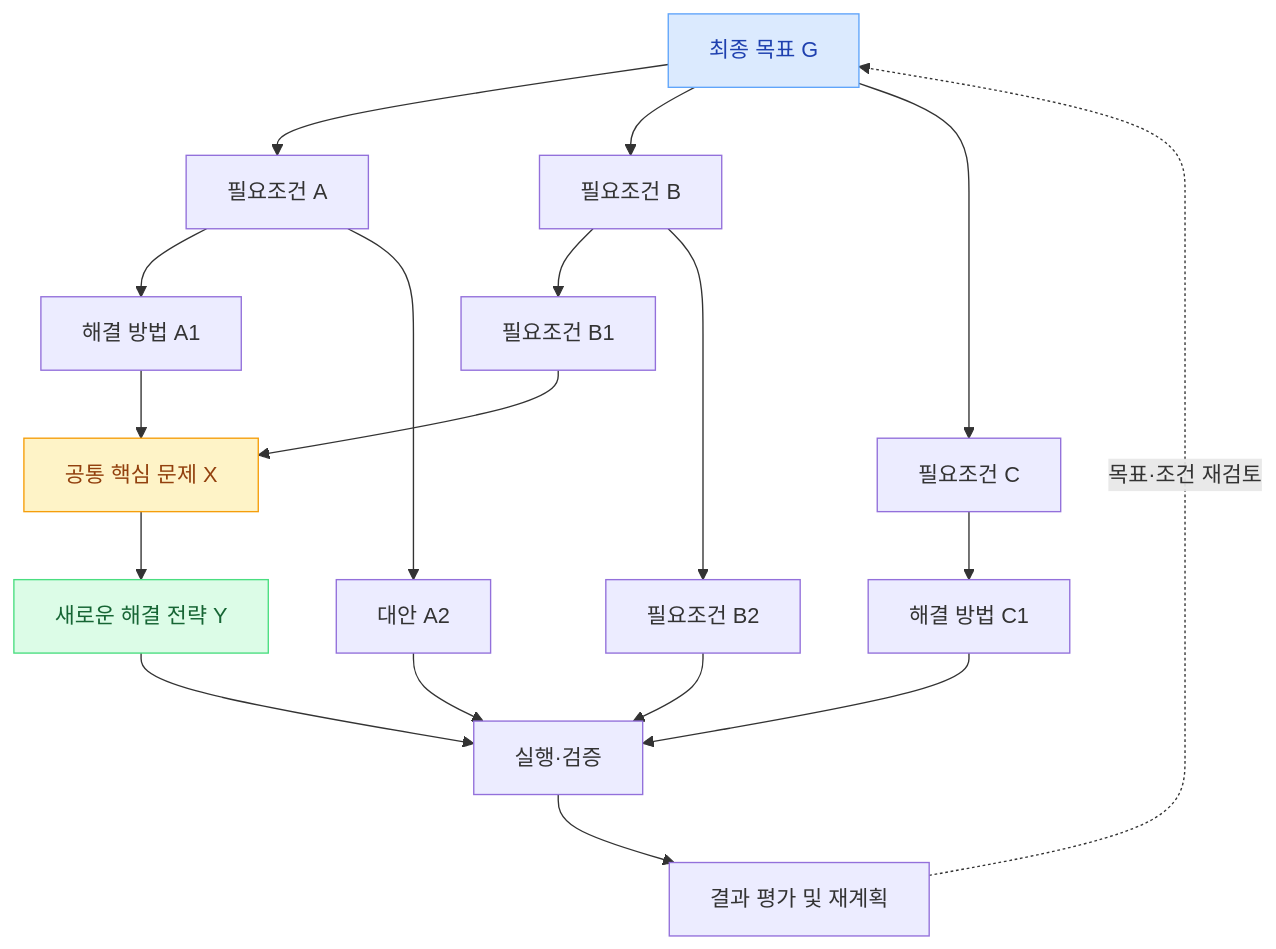
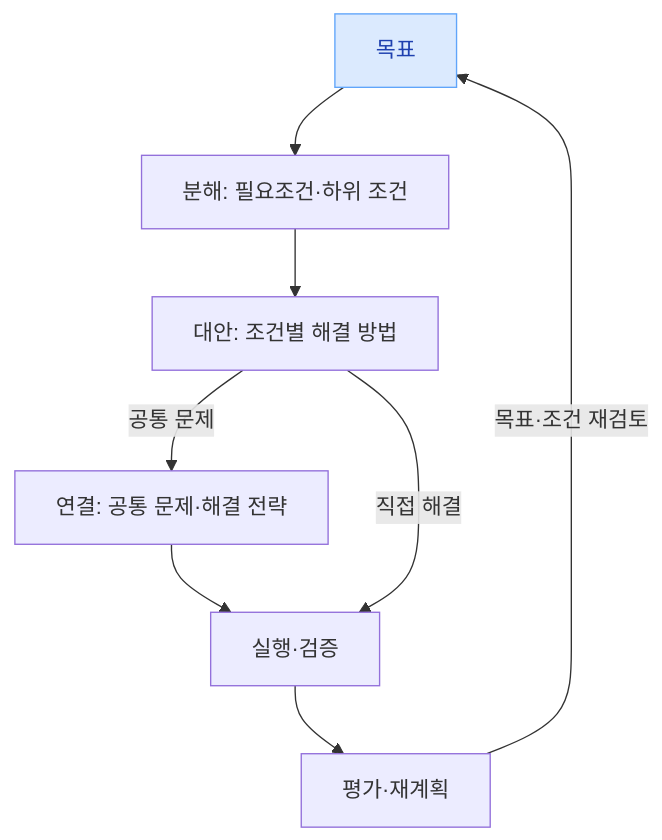
Before and after one commit to Rmayana/frontier-research-harness: the seventh of 8 diagrams in docs/SPECIFICATION.md, drawn with Mermaid. The commit also changed other lines of this file, not shown here.

````diff
--- a/docs/SPECIFICATION.md
+++ b/docs/SPECIFICATION.md
@@ -327,38 +281,17 @@
 ```mermaid
 flowchart TD
-    G["최종 목표 G"]
+    A["목표"]
+    B["분해: 필요조건·하위 조건"]
+    C["대안: 조건별 해결 방법"]
+    D["연결: 공통 문제·해결 전략"]
+    E["실행·검증"]
+    F["평가·재계획"]
 
-    A["필요조건 A"]
-    B["필요조건 B"]
-    C["필요조건 C"]
+    A --> B --> C
+    C -->|"공통 문제"| D --> E
+    C -->|"직접 해결"| E
+    E --> F
+    F -->|"목표·조건 재검토"| A
 
-    A1["해결 방법 A1"]
-    A2["대안 A2"]
-    B1["필요조건 B1"]
-    B2["필요조건 B2"]
-    C1["해결 방법 C1"]
-
-    X["공통 핵심 문제 X"]
-    Y["새로운 해결 전략 Y"]
-    Z["실행·검증"]
-    R["결과 평가 및 재계획"]
-
-    G --> A & B & C
-    A --> A1 & A2
-    B --> B1 & B2
-    C --> C1
-
-    A1 --> X
-    B1 --> X
-    X --> Y
-    A2 --> Z
-    B2 --> Z
-    C1 --> Z
-    Y --> Z
-    Z --> R
-    R -.->|"목표·조건 재검토"| G
-
-    style G fill:#dbeafe,color:#1e40af,stroke:#60a5fa
-    style X fill:#fef3c7,color:#92400e,stroke:#f59e0b
-    style Y fill:#dcfce7,color:#166534,stroke:#4ade80
+    style A fill:#dbeafe,color:#1e40af,stroke:#60a5fa
 ```
````
